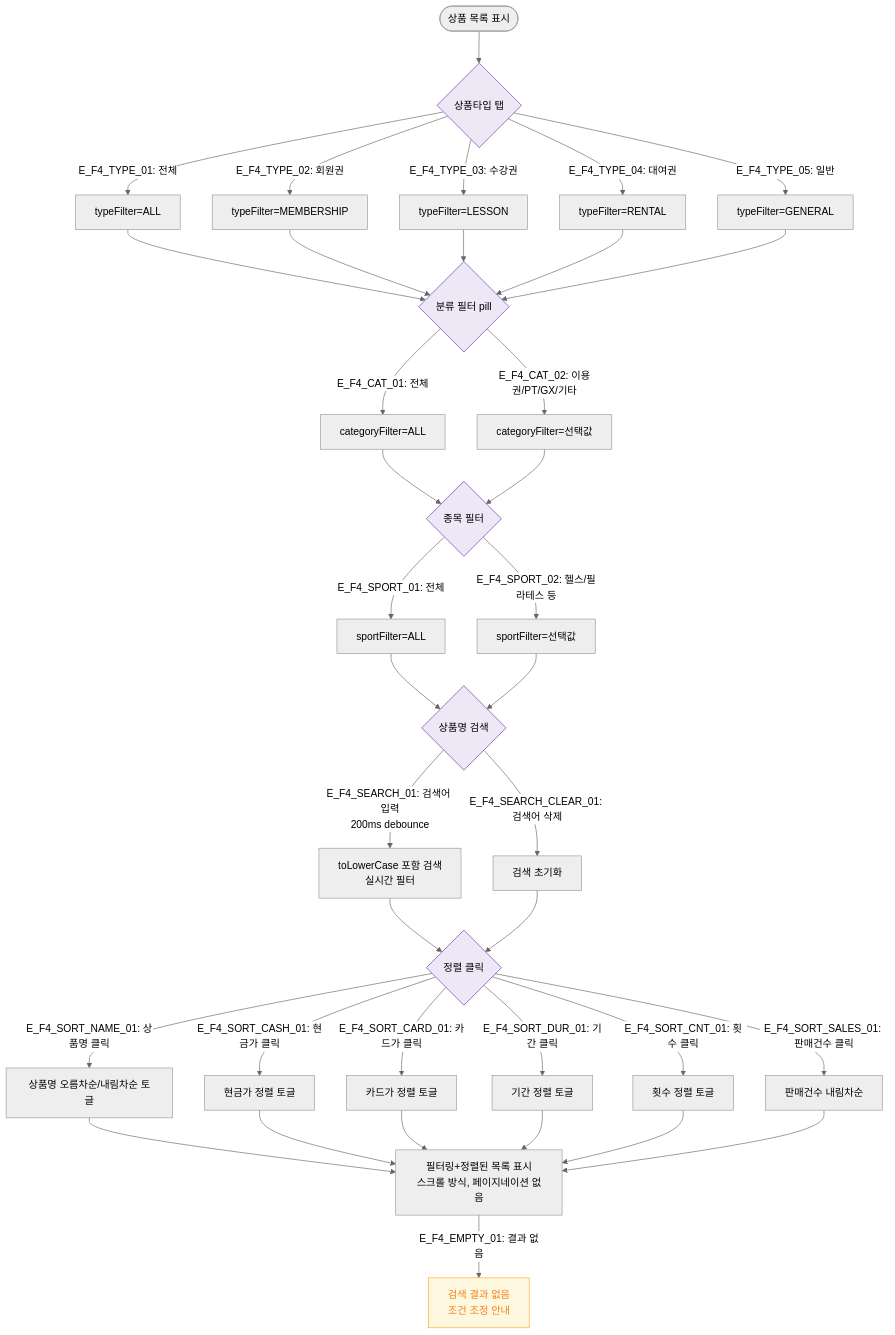
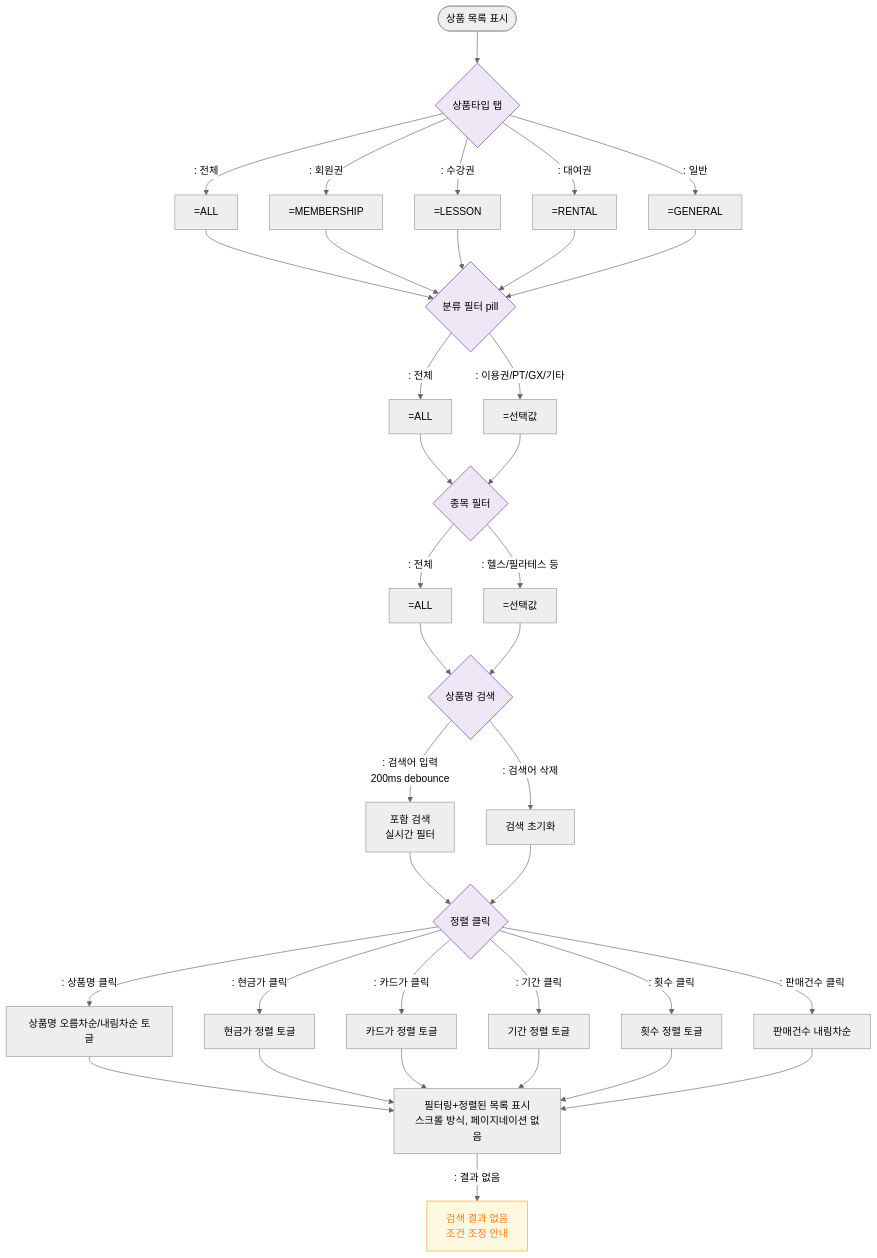
Before and after one commit to dev-spogym/admin-pando: the diagram in docs/다이어그램/D05_상품관리/SCR-P001_상품관리/F4_필터검색정렬.md, drawn with Mermaid (neutral theme). The commit also changed other lines of this file and 1660 other files, not shown here.

First line of the commit message:
다이어그램: 기획자/클라이언트 납품본으로 정리

````diff
--- a/docs/다이어그램/D05_상품관리/SCR-P001_상품관리/F4_필터검색정렬.md
+++ b/docs/다이어그램/D05_상품관리/SCR-P001_상품관리/F4_필터검색정렬.md
@@ -19,39 +17,39 @@
 ```mermaid
 flowchart TD
     START([상품 목록 표시]) --> Filter1{상품타입 탭}
 
-    Filter1 -->|"E_F4_TYPE_01: 전체"| T1[typeFilter=ALL]
-    Filter1 -->|"E_F4_TYPE_02: 회원권"| T2[typeFilter=MEMBERSHIP]
-    Filter1 -->|"E_F4_TYPE_03: 수강권"| T3[typeFilter=LESSON]
-    Filter1 -->|"E_F4_TYPE_04: 대여권"| T4[typeFilter=RENTAL]
-    Filter1 -->|"E_F4_TYPE_05: 일반"| T5[typeFilter=GENERAL]
+    Filter1 -->|": 전체"|T1[=ALL]
+    Filter1 -->|": 회원권"|T2[=MEMBERSHIP]
+    Filter1 -->|": 수강권"|T3[=LESSON]
+    Filter1 -->|": 대여권"|T4[=RENTAL]
+    Filter1 -->|": 일반"|T5[=GENERAL]
 
     T1 & T2 & T3 & T4 & T5 --> Filter2{분류 필터 pill}
-    Filter2 -->|"E_F4_CAT_01: 전체"| C1[categoryFilter=ALL]
-    Filter2 -->|"E_F4_CAT_02: 이용권/PT/GX/기타"| C2[categoryFilter=선택값]
+    Filter2 -->|": 전체"|C1[=ALL]
+    Filter2 -->|": 이용권/PT/GX/기타"|C2[=선택값]
 
     C1 & C2 --> Filter3{종목 필터}
-    Filter3 -->|"E_F4_SPORT_01: 전체"| S1[sportFilter=ALL]
-    Filter3 -->|"E_F4_SPORT_02: 헬스/필라테스 등"| S2[sportFilter=선택값]
+    Filter3 -->|": 전체"|S1[=ALL]
+    Filter3 -->|": 헬스/필라테스 등"|S2[=선택값]
 
     S1 & S2 --> Search{상품명 검색}
-    Search -->|"E_F4_SEARCH_01: 검색어 입력\n200ms debounce"| SearchResult[toLowerCase 포함 검색\n실시간 필터]
-    Search -->|"E_F4_SEARCH_CLEAR_01: 검색어 삭제"| ClearSearch[검색 초기화]
+    Search -->|": 검색어 입력\n200ms debounce"|SearchResult[포함 검색\n실시간 필터]
+    Search -->|": 검색어 삭제"|ClearSearch[검색 초기화]
 
     SearchResult & ClearSearch --> Sort{정렬 클릭}
-    Sort -->|"E_F4_SORT_NAME_01: 상품명 클릭"| SortName[상품명 오름차순/내림차순 토글]
-    Sort -->|"E_F4_SORT_CASH_01: 현금가 클릭"| SortCash[현금가 정렬 토글]
-    Sort -->|"E_F4_SORT_CARD_01: 카드가 클릭"| SortCard[카드가 정렬 토글]
-    Sort -->|"E_F4_SORT_DUR_01: 기간 클릭"| SortDur[기간 정렬 토글]
-    Sort -->|"E_F4_SORT_CNT_01: 횟수 클릭"| SortCnt[횟수 정렬 토글]
-    Sort -->|"E_F4_SORT_SALES_01: 판매건수 클릭"| SortSales[판매건수 내림차순]
+    Sort -->|": 상품명 클릭"|SortName[상품명 오름차순/내림차순 토글]
+    Sort -->|": 현금가 클릭"|SortCash[현금가 정렬 토글]
+    Sort -->|": 카드가 클릭"|SortCard[카드가 정렬 토글]
+    Sort -->|": 기간 클릭"|SortDur[기간 정렬 토글]
+    Sort -->|": 횟수 클릭"|SortCnt[횟수 정렬 토글]
+    Sort -->|": 판매건수 클릭"|SortSales[판매건수 내림차순]
 
     SortName & SortCash & SortCard & SortDur & SortCnt & SortSales --> Result[필터링+정렬된 목록 표시\n스크롤 방식, 페이지네이션 없음]
 
-    Result -->|"E_F4_EMPTY_01: 결과 없음"| EmptyFilter[검색 결과 없음\n조건 조정 안내]
+    Result -->|": 결과 없음"|EmptyFilter[검색 결과 없음\n조건 조정 안내]
 
     classDef system fill:#EDE7F6,stroke:#5E35B2
     classDef warning fill:#FFF8E1,stroke:#F9A825,color:#F57F17
     class Filter1,Filter2,Filter3,Search,Sort system
     class EmptyFilter warning
 ```
````
